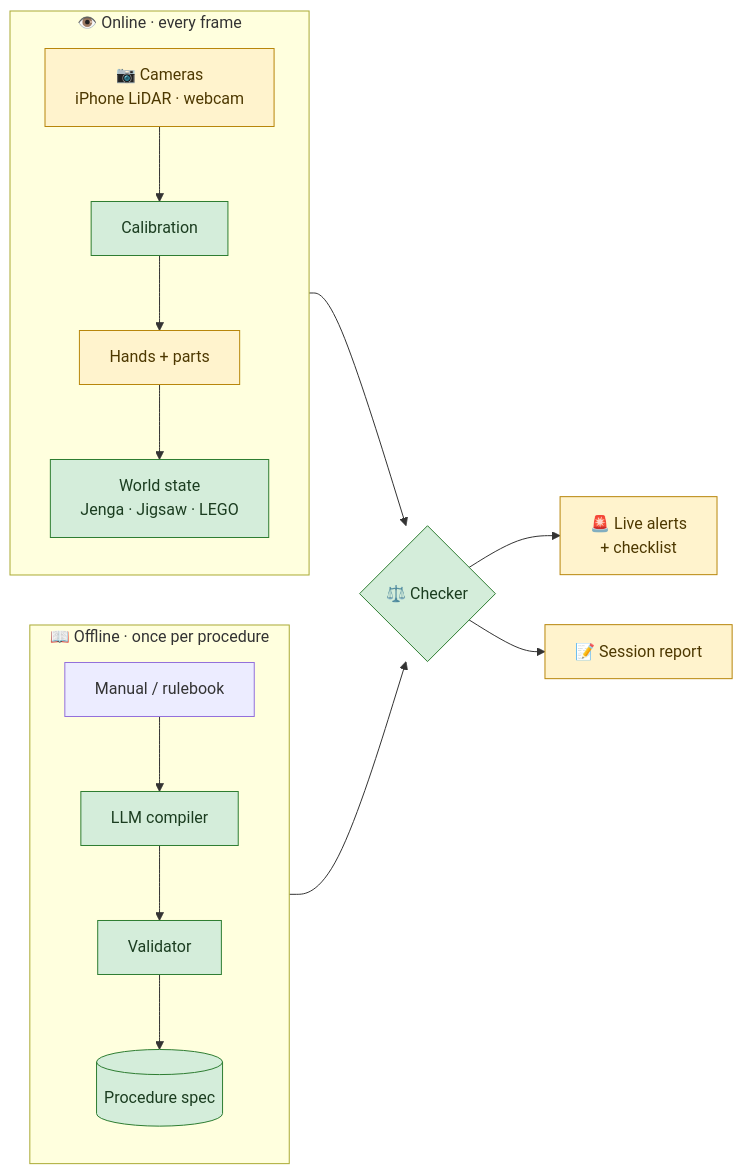
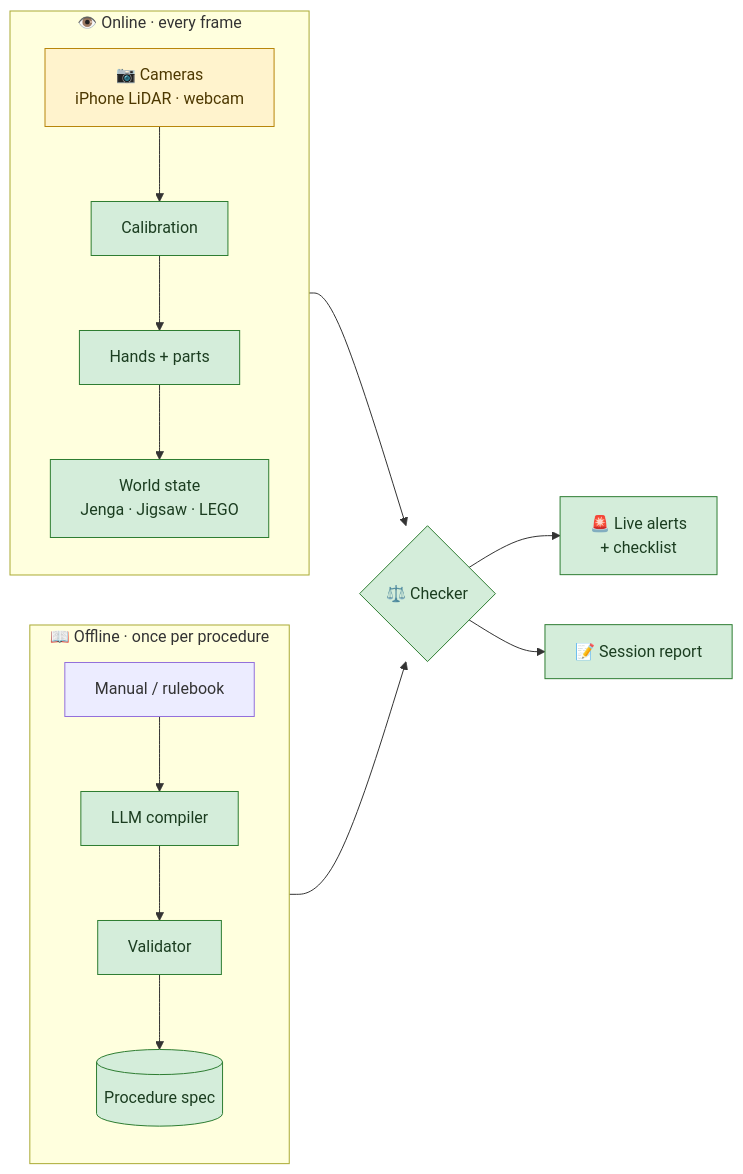
Before and after one commit to meghmavani/ThirdEye: the diagram in README.md, drawn with Mermaid. The commit also changed other lines of this file and 2 other files, not shown here.

````diff
--- a/README.md
+++ b/README.md
@@ -100,26 +100,26 @@
 ```mermaid
 flowchart LR
     subgraph OFF["📖 Offline · once per procedure"]
         direction TB
         M["Manual / rulebook"] --> L["LLM compiler"]
         L --> V["Validator"]
         V --> G[("Procedure spec")]
     end
 
     subgraph ON["👁️ Online · every frame"]
         direction TB
         CAM["📷 Cameras<br/>iPhone LiDAR · webcam"] --> K["Calibration"]
         K --> HP["Hands + parts"]
         HP --> S["World state<br/>Jenga · Jigsaw · LEGO"]
     end
 
     G --> C{"⚖️ Checker"}
     S --> C
     C --> A["🚨 Live alerts<br/>+ checklist"]
     C --> R["📝 Session report"]
 
     classDef done fill:#d4edda,stroke:#2e7d32,color:#1b3d20
     classDef todo fill:#fff3cd,stroke:#b8860b,color:#4d3800
-    class L,V,G,K,S,C done
-    class CAM,HP,A,R todo
+    class L,V,G,K,S,C,HP,A,R done
+    class CAM todo
 ```
````
